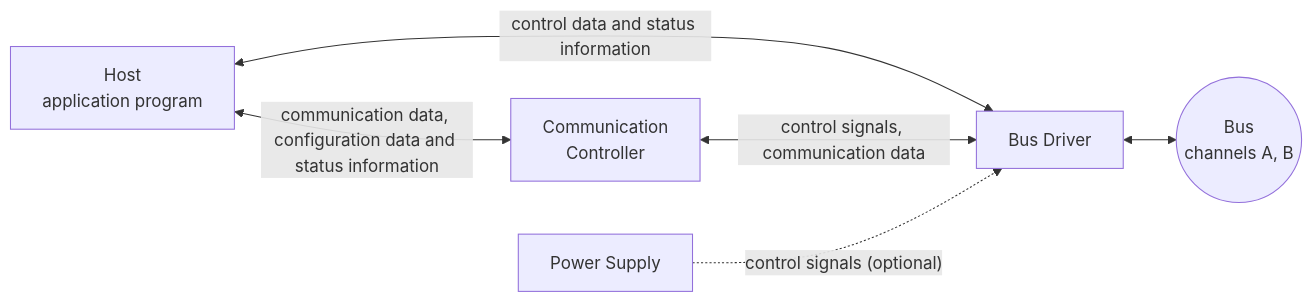
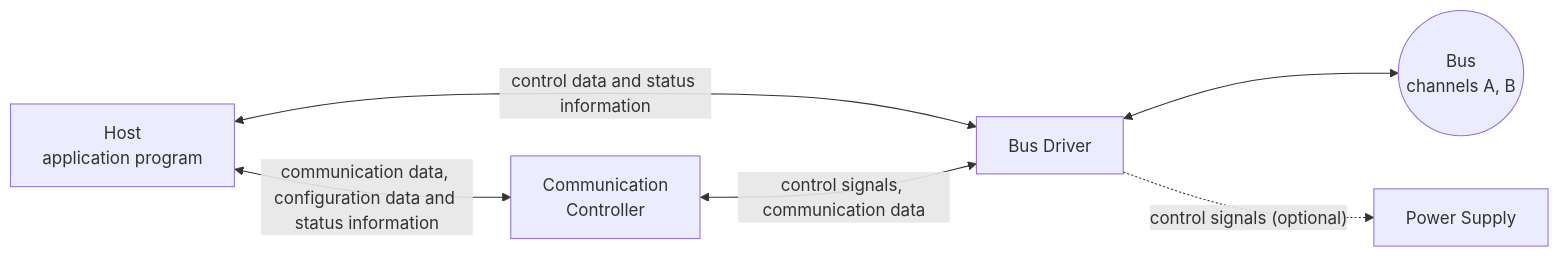
Before and after one commit to Choroning/25Spring_Networking-and-Communication-Systems: the first of 4 diagrams in Lecture-Notes/Week09_In-Vehicle-Networks/Concepts_Lecture.md, drawn with Mermaid. The commit also changed other lines of this file and 55 other files, not shown here.

````diff
--- a/Lecture-Notes/Week09_In-Vehicle-Networks/Concepts_Lecture.md
+++ b/Lecture-Notes/Week09_In-Vehicle-Networks/Concepts_Lecture.md
@@ -524,13 +524,13 @@
 ```mermaid
 flowchart LR
     H["Host<br>application program"]
     CC["Communication<br>Controller"]
     BD["Bus Driver"]
     PS["Power Supply"]
     BUS(("Bus<br>channels A, B"))
     H <-- "communication data, configuration data and status information" --> CC
     H <-- "control data and status information" --> BD
     CC <-- "control signals, communication data" --> BD
     BD <--> BUS
-    PS -. "control signals (optional)" .-> BD
+    BD -. "control signals (optional)" .-> PS
 ```
````
